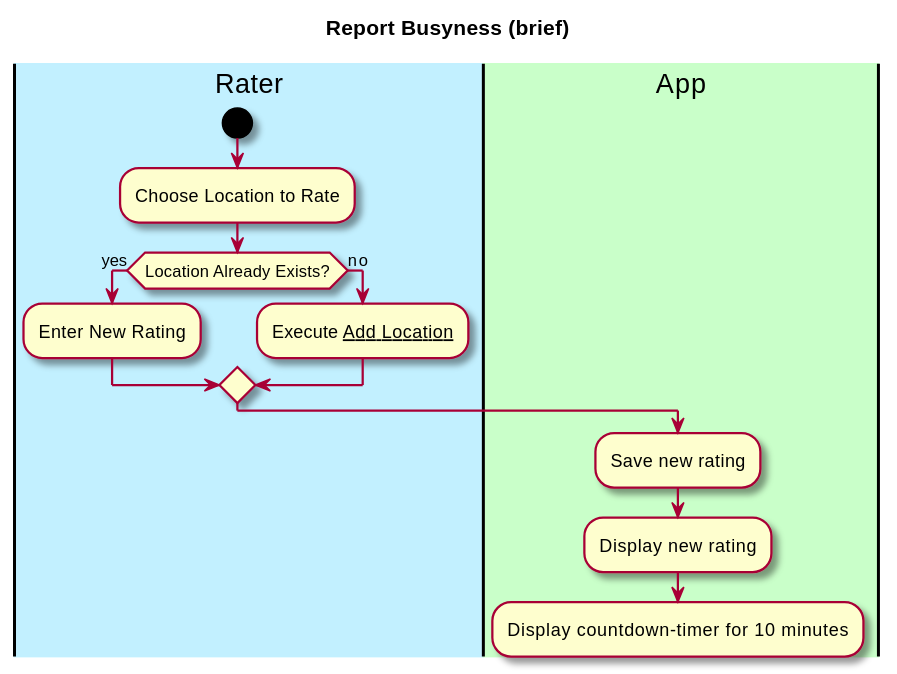
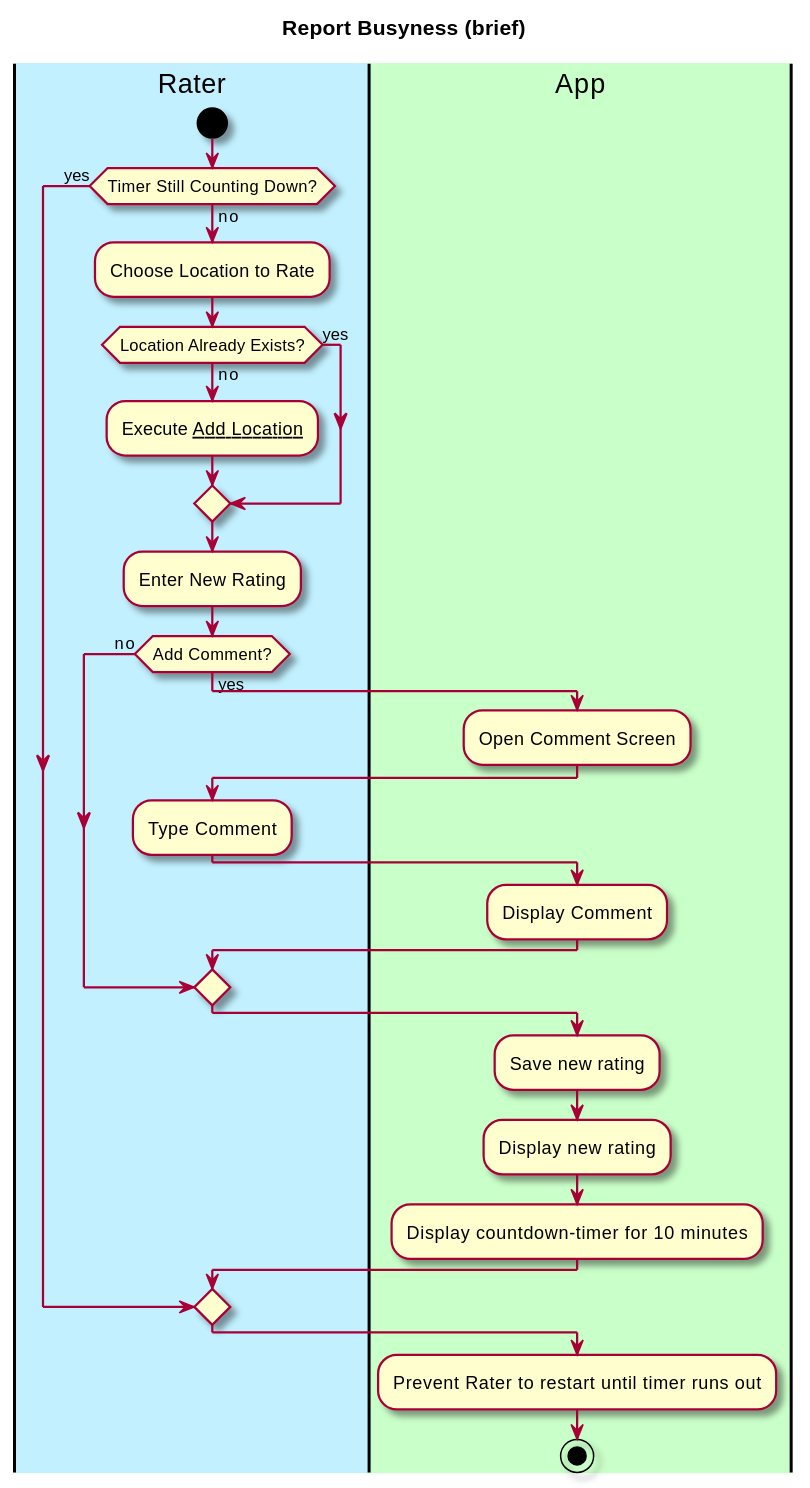
The diagram in intellij/documentation/use_cases/report_busyness.md (manoushpajouh/Vassar-Crowdmeter), drawn with PlantUML before and after one commit.

Commit message:
add comment ability and timer to report busyness use case

````diff
--- a/intellij/documentation/use_cases/report_busyness.md
+++ b/intellij/documentation/use_cases/report_busyness.md
@@ -30,27 +30,43 @@
 ```plantuml
 @startuml
 
 skin rose
 
 title Report Busyness (brief)
 
 'define the lanes
 |#application|Rater|
 |#technology|App|
 
 |Rater|
 start
-:Choose Location to Rate;
-if (Location Already Exists?) then (yes)
-:Enter New Rating;
+if (Timer Still Counting Down?) then (yes)
 else (no)
-:Execute __Add Location__;
-endif
-
+    :Choose Location to Rate;
+        if (Location Already Exists?) then (yes)
+        
+        else (no)
+        :Execute __Add Location__;
+        endif
+     :Enter New Rating;
+     
+        if (Add Comment?) then (yes)
+            |App|
+            :Open Comment Screen;
+            |Rater|
+            :Type Comment;
+            |App|
+            :Display Comment;
+      
+         else (no)
+        endif
 
 |App|
 :Save new rating;
 :Display new rating;
 :Display countdown-timer for 10 minutes;
+endif
+:Prevent Rater to restart until timer runs out;
+stop
 @enduml
 ```
````
